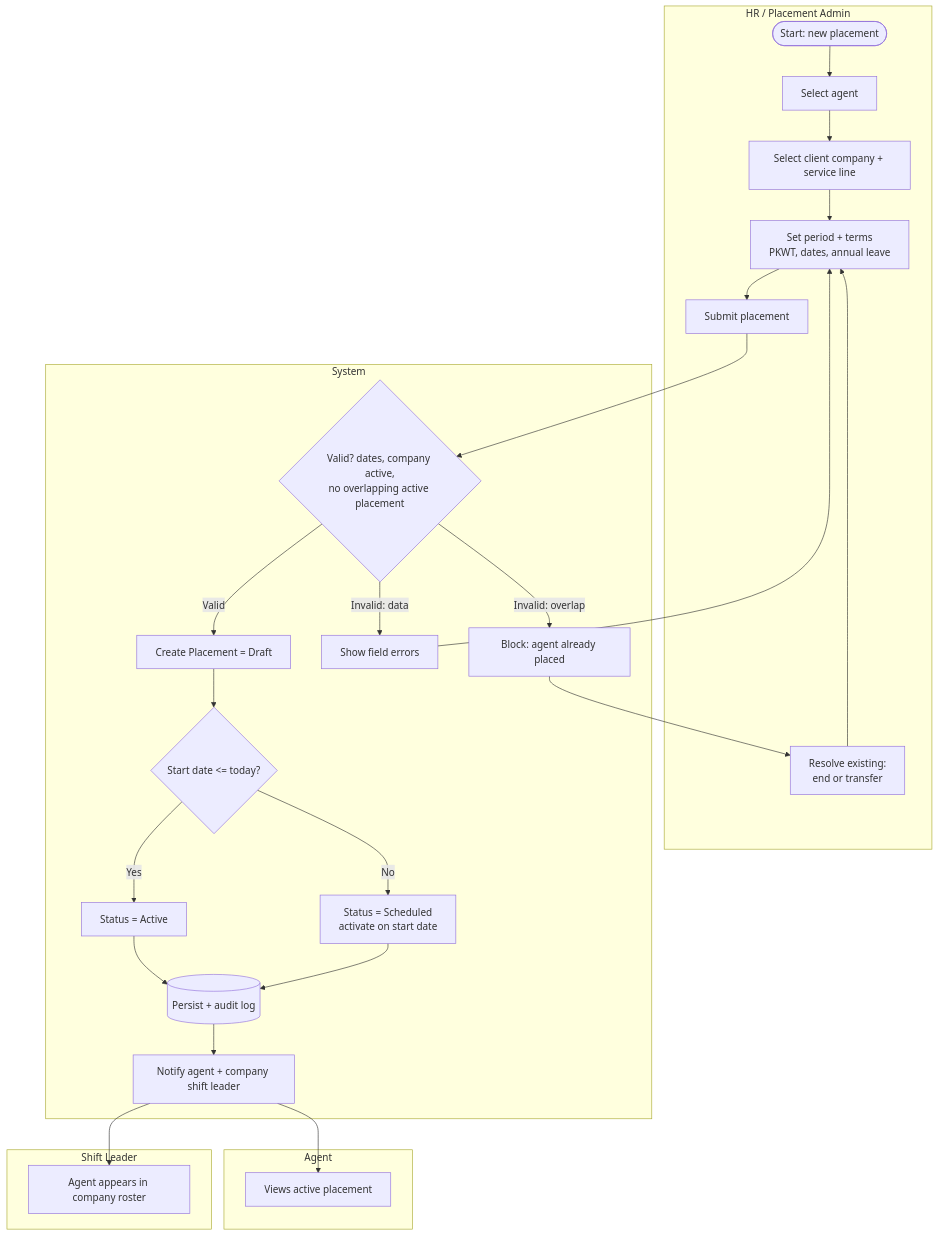
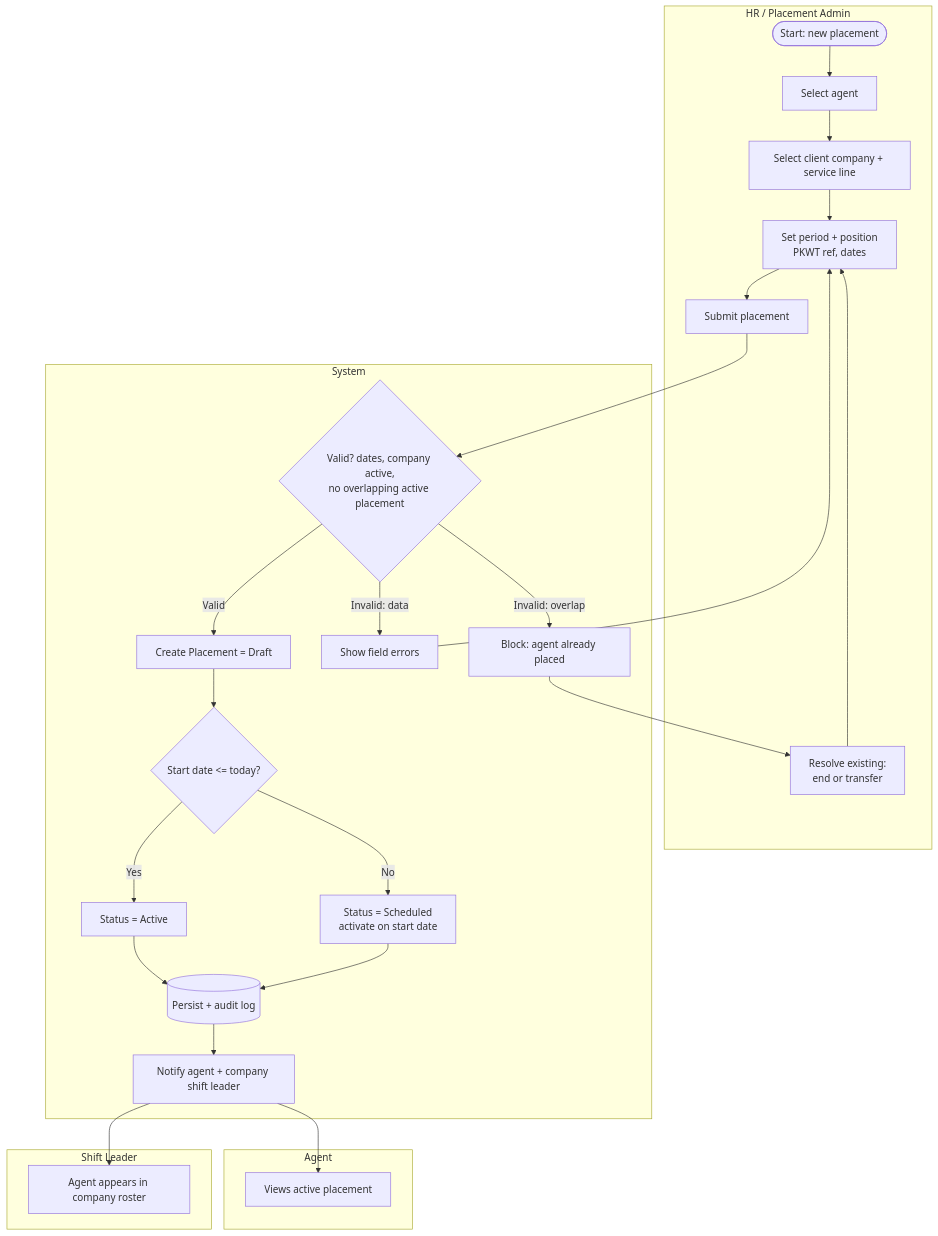
The second of 6 diagrams in docs/epics/E3-placement/FEATURE.md (hariszaki17/hris-outsource), drawn with Mermaid before and after one commit. The commit also changed other lines of this file and 94 other files, not shown here.

````diff
--- a/docs/epics/E3-placement/FEATURE.md
+++ b/docs/epics/E3-placement/FEATURE.md
@@ -104,28 +102,28 @@
 ```mermaid
 flowchart TD
     subgraph HR[HR / Placement Admin]
         A1([Start: new placement]) --> A2[Select agent]
         A2 --> A3[Select client company + service line]
-        A3 --> A4[Set period + terms<br/>PKWT, dates, annual leave]
+        A3 --> A4[Set period + position<br/>PKWT ref, dates]
         A4 --> A7[Submit placement]
         A6[Resolve existing:<br/>end or transfer] --> A4
     end
     subgraph SYS[System]
         A7 --> S1{Valid? dates, company active,<br/>no overlapping active placement}
         S1 -- Invalid: overlap --> S2[Block: agent already placed] --> A6
         S1 -- Invalid: data --> S3[Show field errors] --> A4
         S1 -- Valid --> S4[Create Placement = Draft]
         S4 --> S5{Start date <= today?}
         S5 -- Yes --> S6[Status = Active]
         S5 -- No --> S7[Status = Scheduled<br/>activate on start date]
         S6 --> S8[(Persist + audit log)]
         S7 --> S8
         S8 --> S9[Notify agent + company shift leader]
     end
     subgraph AG[Agent]
         S9 --> G1[Views active placement]
     end
     subgraph SL[Shift Leader]
         S9 --> L1[Agent appears in company roster]
     end
 ```
````
